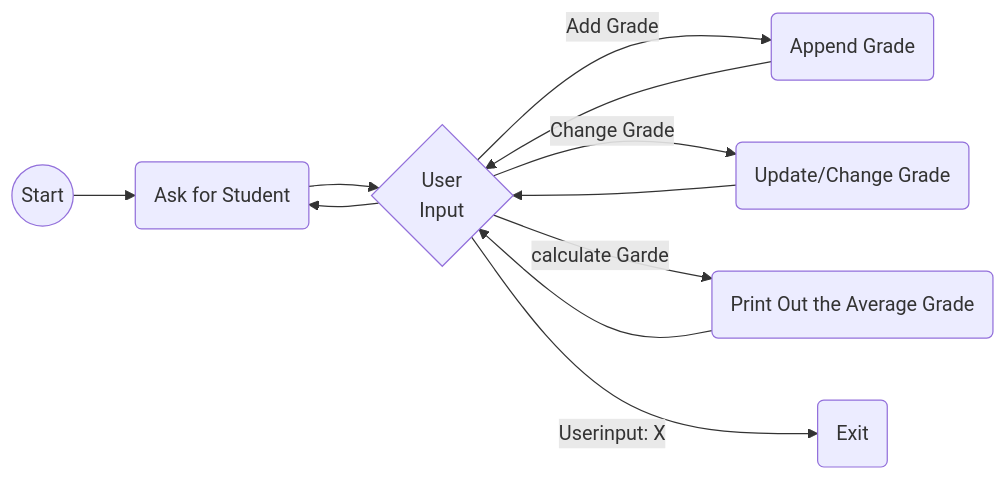
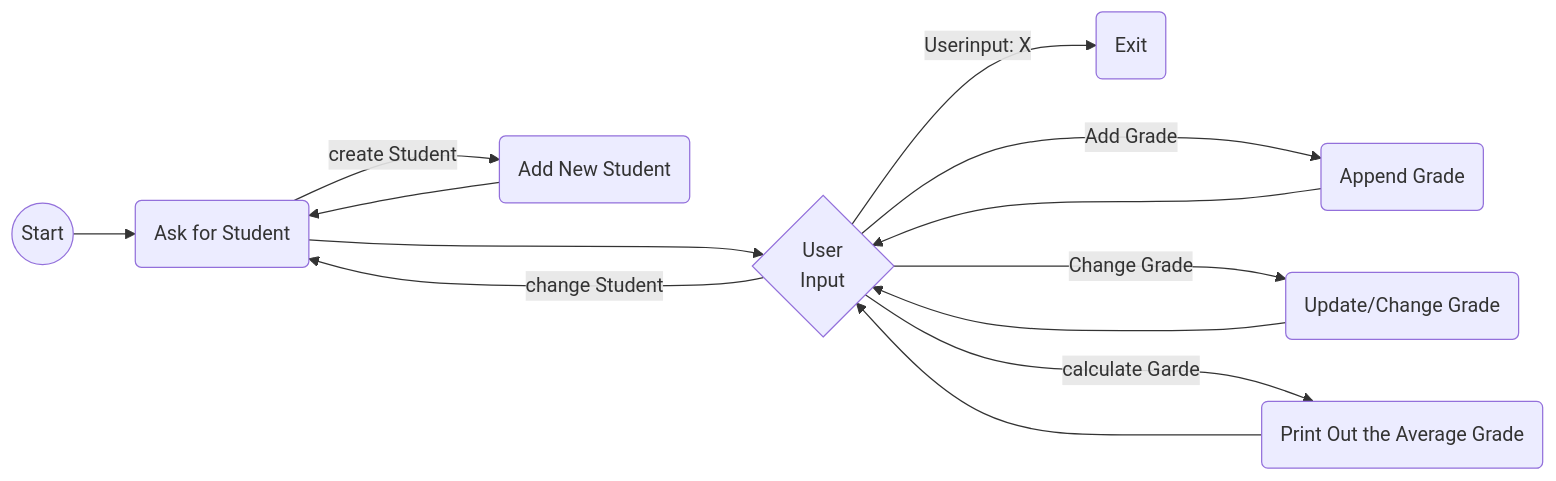
The second of 2 diagrams in README.md (Timofey-Makhankov/Modul-319-A4), drawn with Mermaid before and after one commit. The commit also changed other lines of this file, not shown here.

Commit message:
Updated AD & Student object

````diff
--- a/README.md
+++ b/README.md
@@ -7,14 +19,16 @@
 ```mermaid
     flowchart LR
     A((Start))-->B(Ask for Student)
+    G-->B
+    B-->|create Student|G(Add New Student)
     B-->C
-    C-->B
+    C--->|change Student|B
     C{User\nInput}
     C-->|Add Grade|D(Append Grade)
     C-->|Change Grade|E(Update/Change Grade)
     C-->|calculate Garde|F(Print Out the Average Grade)
-    D-->C 
-    E-->C 
-    F-->C
+    D--->C 
+    E--->C 
+    F--->C
     C-->|Userinput: X|X(Exit)
 ```
````
